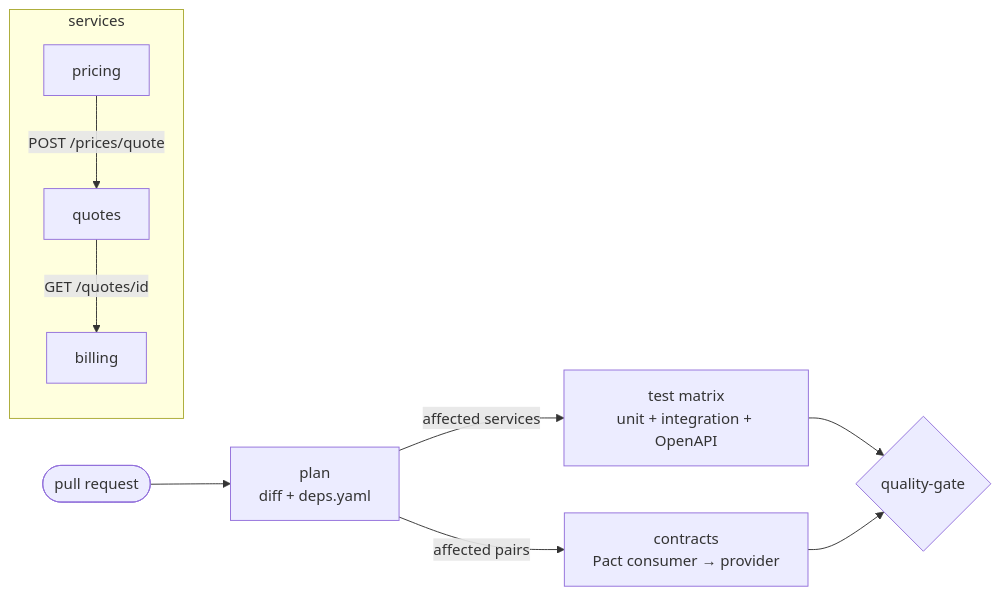
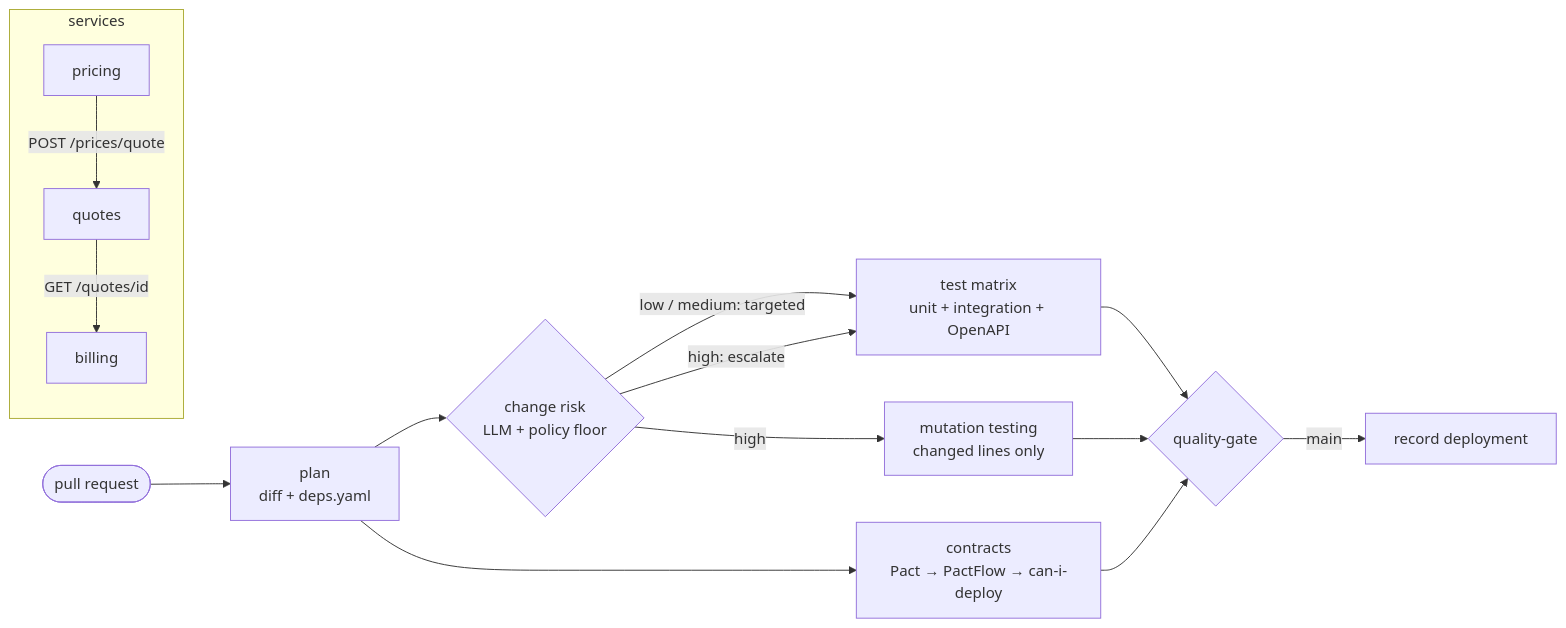
One commit to uzhauniak/pr-quality-gate changed the diagram in README.md. Above: the diagram before and after it, drawn with Mermaid. The commit also changed other lines of this file and 13 other files, not shown here.

First line of the commit message:
Phase 2: LLM change-risk, targeted mutation testing, Pact Broker + can-i-deploy

````diff
--- a/README.md
+++ b/README.md
@@ -12,13 +13,18 @@
 ```mermaid
 flowchart LR
     subgraph services
         P[pricing] -->|POST /prices/quote| Q[quotes]
         Q -->|GET /quotes/id| B[billing]
     end
 
     PR([pull request]) --> PLAN[plan<br/>diff + deps.yaml]
-    PLAN -->|affected services| T[test matrix<br/>unit + integration + OpenAPI]
-    PLAN -->|affected pairs| C[contracts<br/>Pact consumer → provider]
+    PLAN --> RISK{change risk<br/>LLM + policy floor}
+    RISK -->|low / medium: targeted| T[test matrix<br/>unit + integration + OpenAPI]
+    RISK -->|high: escalate| T
+    RISK -->|high| M[mutation testing<br/>changed lines only]
+    PLAN --> C[contracts<br/>Pact → PactFlow → can-i-deploy]
     T --> G{quality-gate}
     C --> G
+    M --> G
+    G -->|main| D[record deployment]
 ```
````
